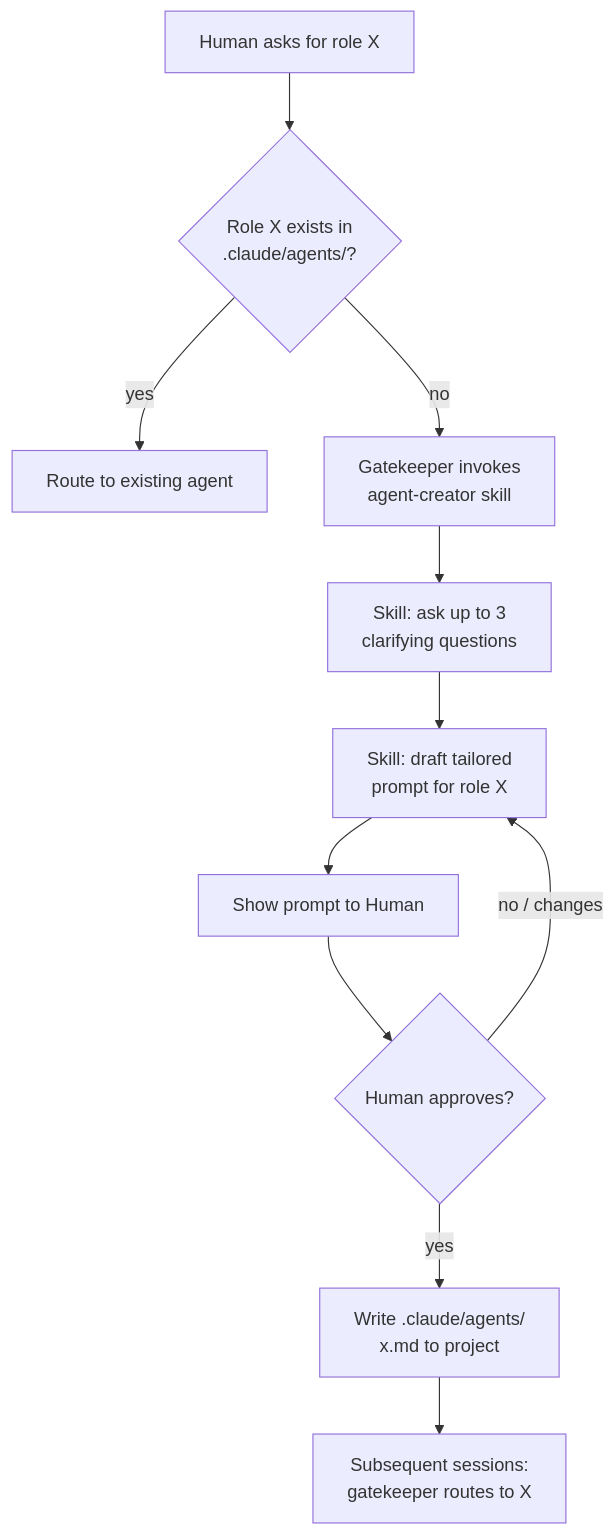
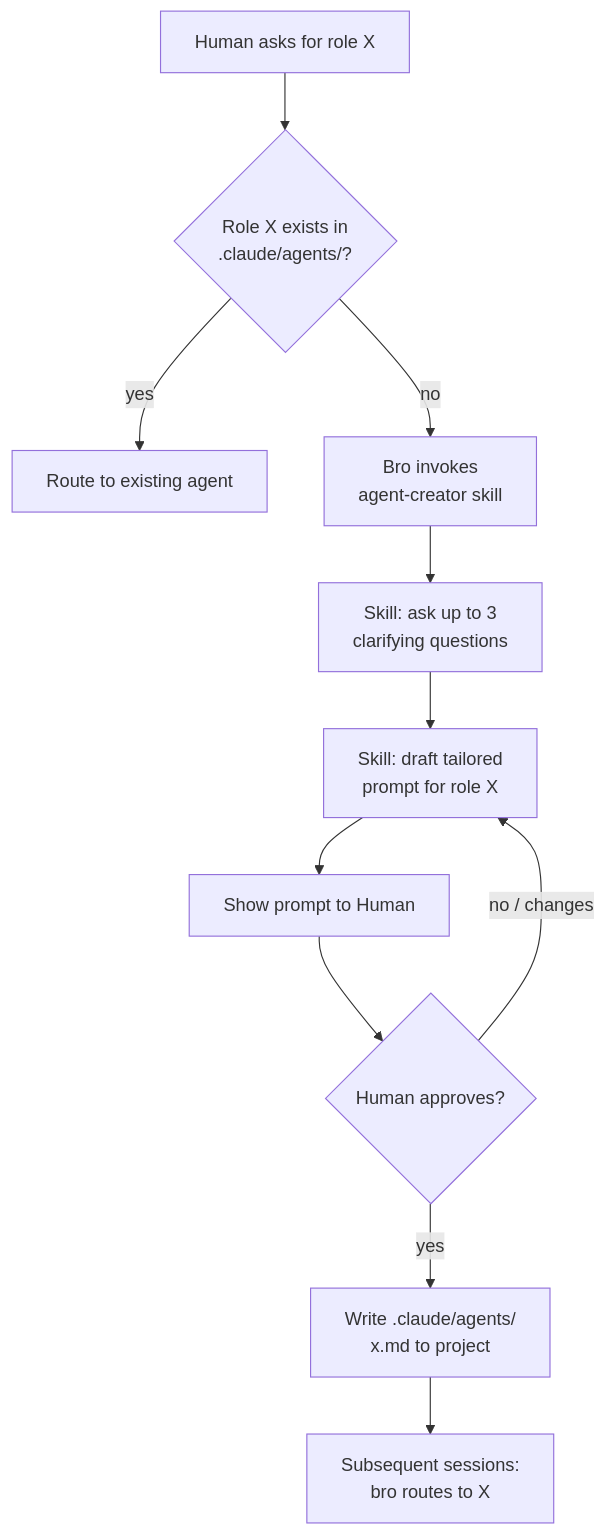
One commit to trustmybot/plugin changed the fourth of 9 diagrams in docs/architecture/FLOWS.md. Above: the diagram before and after it, drawn with Mermaid. The commit also changed other lines of this file and 39 other files, not shown here.

First line of the commit message:
🏛️ rename: gatekeeper → bro everywhere, drop bro_name column

````diff
--- a/docs/architecture/FLOWS.md
+++ b/docs/architecture/FLOWS.md
@@ -185,13 +185,13 @@
 ```mermaid
 flowchart TD
     A[Human asks for role X] --> B{Role X exists in<br/>.claude/agents/?}
     B -->|yes| C[Route to existing agent]
-    B -->|no| D[Gatekeeper invokes<br/>agent-creator skill]
+    B -->|no| D[Bro invokes<br/>agent-creator skill]
     D --> E[Skill: ask up to 3<br/>clarifying questions]
     E --> F[Skill: draft tailored<br/>prompt for role X]
     F --> G[Show prompt to Human]
     G --> H{Human approves?}
     H -->|no / changes| F
     H -->|yes| I[Write .claude/agents/<br/>x.md to project]
-    I --> J[Subsequent sessions:<br/>gatekeeper routes to X]
+    I --> J[Subsequent sessions:<br/>bro routes to X]
 ```
````
